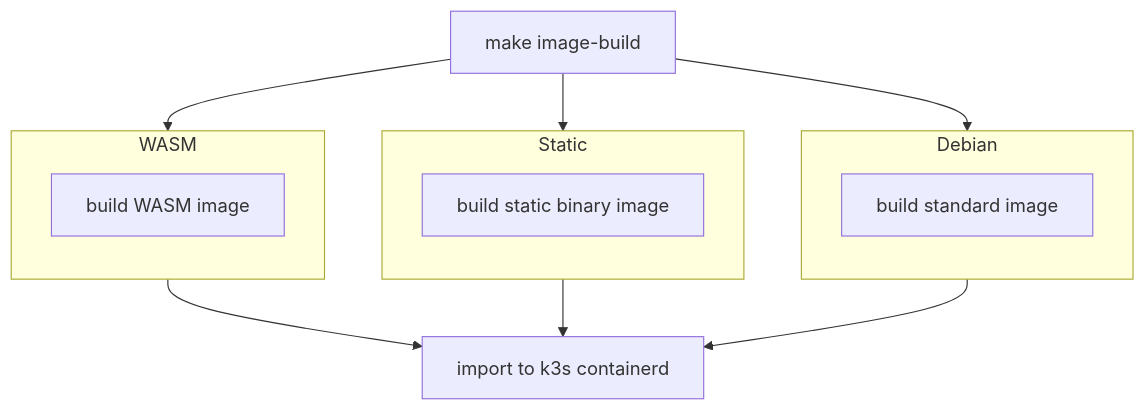
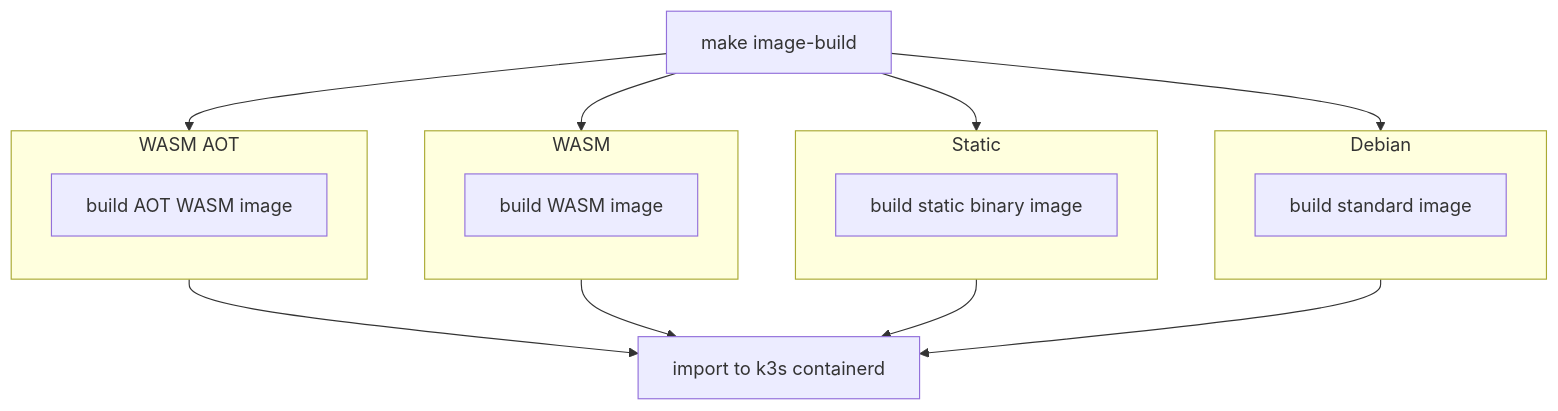
Before and after one commit to petrosbal/krater: the first of 3 diagrams in README.md, drawn with Mermaid. The commit also changed other lines of this file and 3 other files, not shown here.

````diff
--- a/README.md
+++ b/README.md
@@ -83,32 +90,38 @@
 ```mermaid
 flowchart TD
     Root[make image-build]
 
     subgraph DebianFlow [Debian]
         direction TB
         DebBuild[build standard image]
     end
 
     subgraph StaticFlow [Static]
         direction TB
         StatBuild[build static binary image]
     end
 
     subgraph WasmFlow [WASM]
         direction TB
         WasmBuild[build WASM image]
     end
 
+    subgraph WasmAotFlow [WASM AOT]
+        direction TB
+        WasmAotBuild[build AOT WASM image]
+    end
 
     Import[import to k3s containerd]
 
     %% Connections
     Root --> DebianFlow
     Root --> StaticFlow
     Root --> WasmFlow
+    Root --> WasmAotFlow
 
     %% Converge to single import step
     DebBuild --> Import
     StatBuild --> Import
     WasmBuild --> Import
+    WasmAotBuild --> Import
 ```
````
